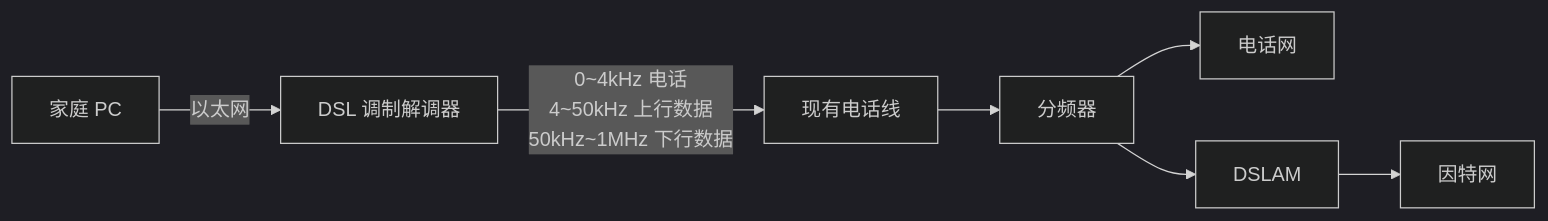
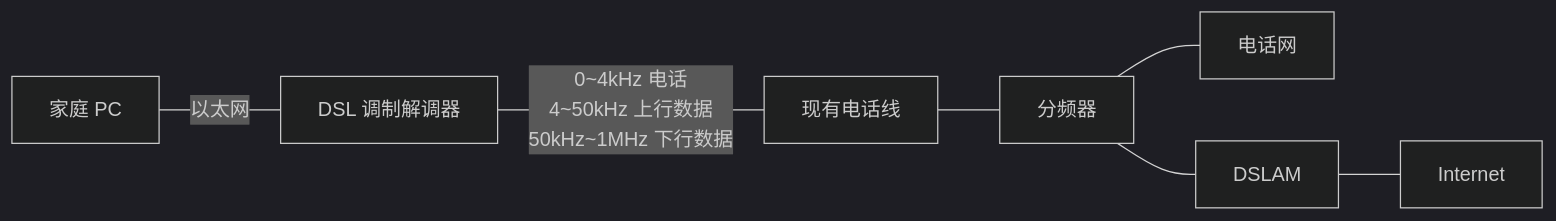
Before and after one commit to Meer-Matze/Meer-Matze.github.io: the third of 10 diagrams in src/content/posts/计算机网络和因特网.md, drawn with Mermaid (dark theme). The commit also changed other lines of this file, not shown here.

````diff
--- a/src/content/posts/计算机网络和因特网.md
+++ b/src/content/posts/计算机网络和因特网.md
@@ -420,9 +221,9 @@
 ```mermaid
 graph LR
-  PC["家庭 PC"] -->|"以太网"| MODEM["DSL 调制解调器"]
-  MODEM -->|"0~4kHz 电话\n4~50kHz 上行数据\n50kHz~1MHz 下行数据"| LINE["现有电话线"]
-  LINE --> SPLIT["分频器"]
-  SPLIT --> PHONE["电话网"]
-  SPLIT --> DSLAM["DSLAM"]
-  DSLAM --> ISP["因特网"]
+  PC["家庭 PC"] ---|"以太网"| MODEM["DSL 调制解调器"]
+  MODEM ---|"0~4kHz 电话\n4~50kHz 上行数据\n50kHz~1MHz 下行数据"| LINE["现有电话线"]
+  LINE --- SPLIT["分频器"]
+  SPLIT --- PHONE["电话网"]
+  SPLIT --- DSLAM["DSLAM"]
+  DSLAM --- ISP["Internet"]
 ```
````
